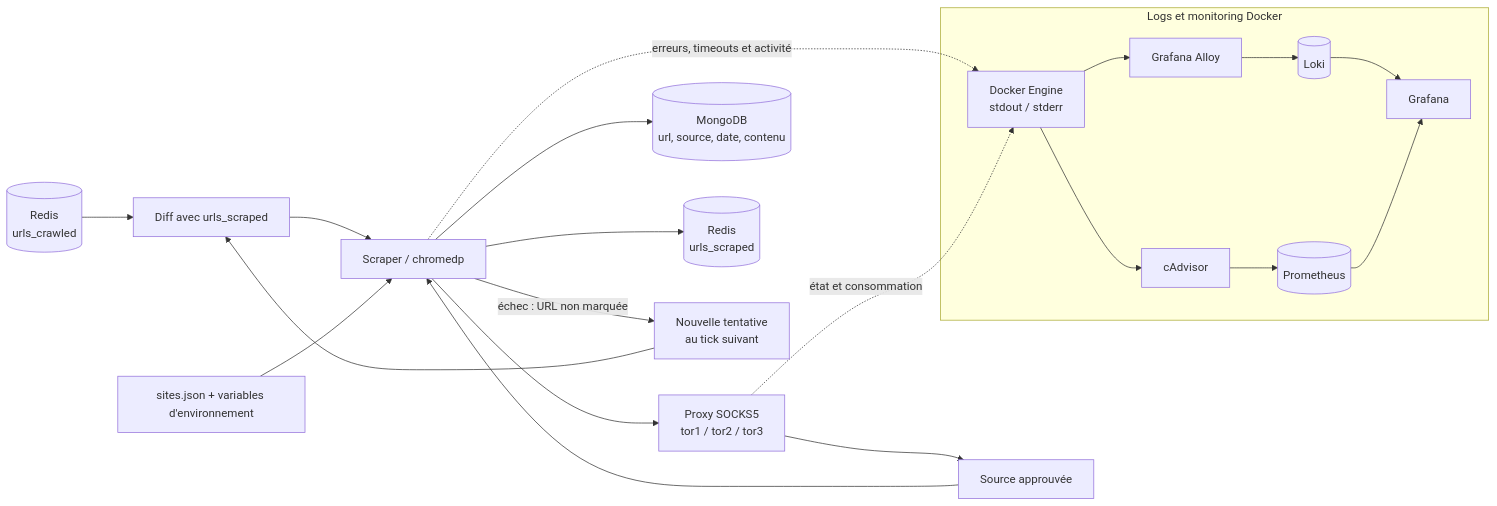
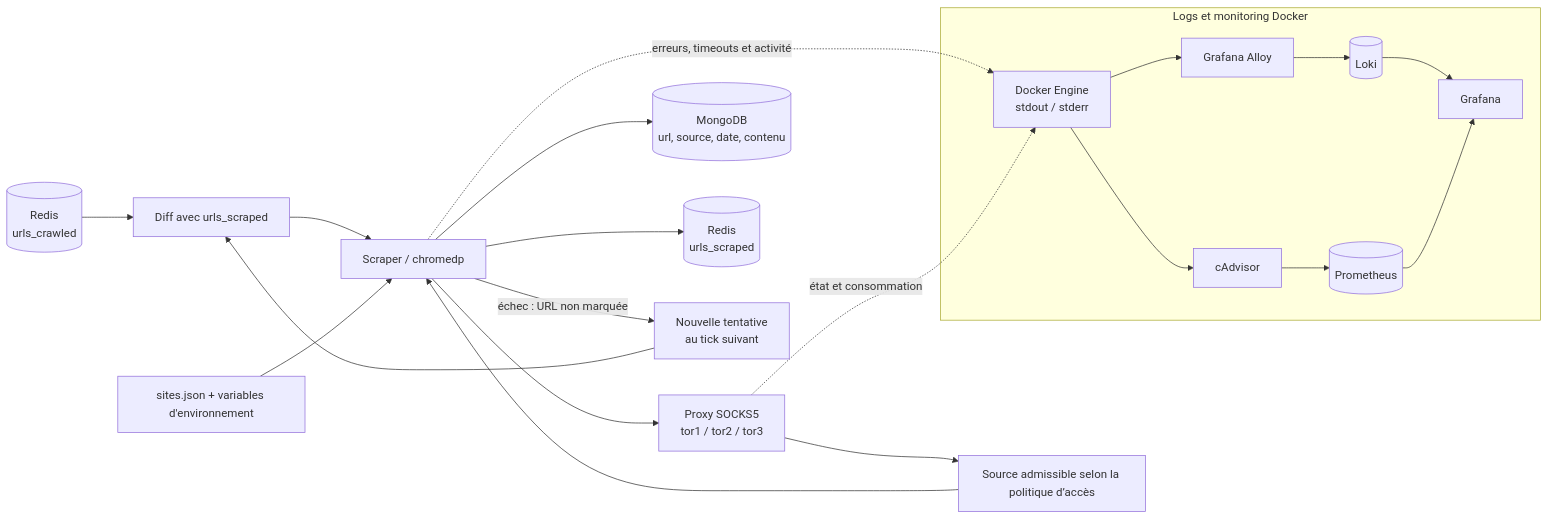
The diagram in docs/plans/2026-10-01-darkweb-scraper-design.md (S-rvo/BlueWhiteThreat), drawn with Mermaid before and after one commit. The commit also changed other lines of this file and 4 other files, not shown here.

````diff
--- a/docs/plans/2026-10-01-darkweb-scraper-design.md
+++ b/docs/plans/2026-10-01-darkweb-scraper-design.md
@@ -19,18 +21,18 @@
 ```mermaid
 flowchart LR
     crawled[("Redis\nurls_crawled")] --> diff["Diff avec urls_scraped"] --> scraper["Scraper / chromedp"]
     config["sites.json + variables d'environnement"] --> scraper
-    scraper --> tor["Proxy SOCKS5\ntor1 / tor2 / tor3"] --> source["Source approuvée"]
+    scraper --> tor["Proxy SOCKS5\ntor1 / tor2 / tor3"] --> source["Source admissible selon la politique d’accès"]
     source --> scraper
     scraper --> mongo[("MongoDB\nurl, source, date, contenu")]
     scraper --> scraped[("Redis\nurls_scraped")]
     scraper -->|échec : URL non marquée| retry["Nouvelle tentative\nau tick suivant"] --> diff
 
     subgraph OBS["Logs et monitoring Docker"]
         docker["Docker Engine\nstdout / stderr"] --> alloy["Grafana Alloy"] --> loki[(Loki)] --> grafana["Grafana"]
         docker --> cadvisor["cAdvisor"] --> prometheus[(Prometheus)] --> grafana
     end
 
     scraper -. erreurs, timeouts et activité .-> docker
     tor -. état et consommation .-> docker
 ```
````
